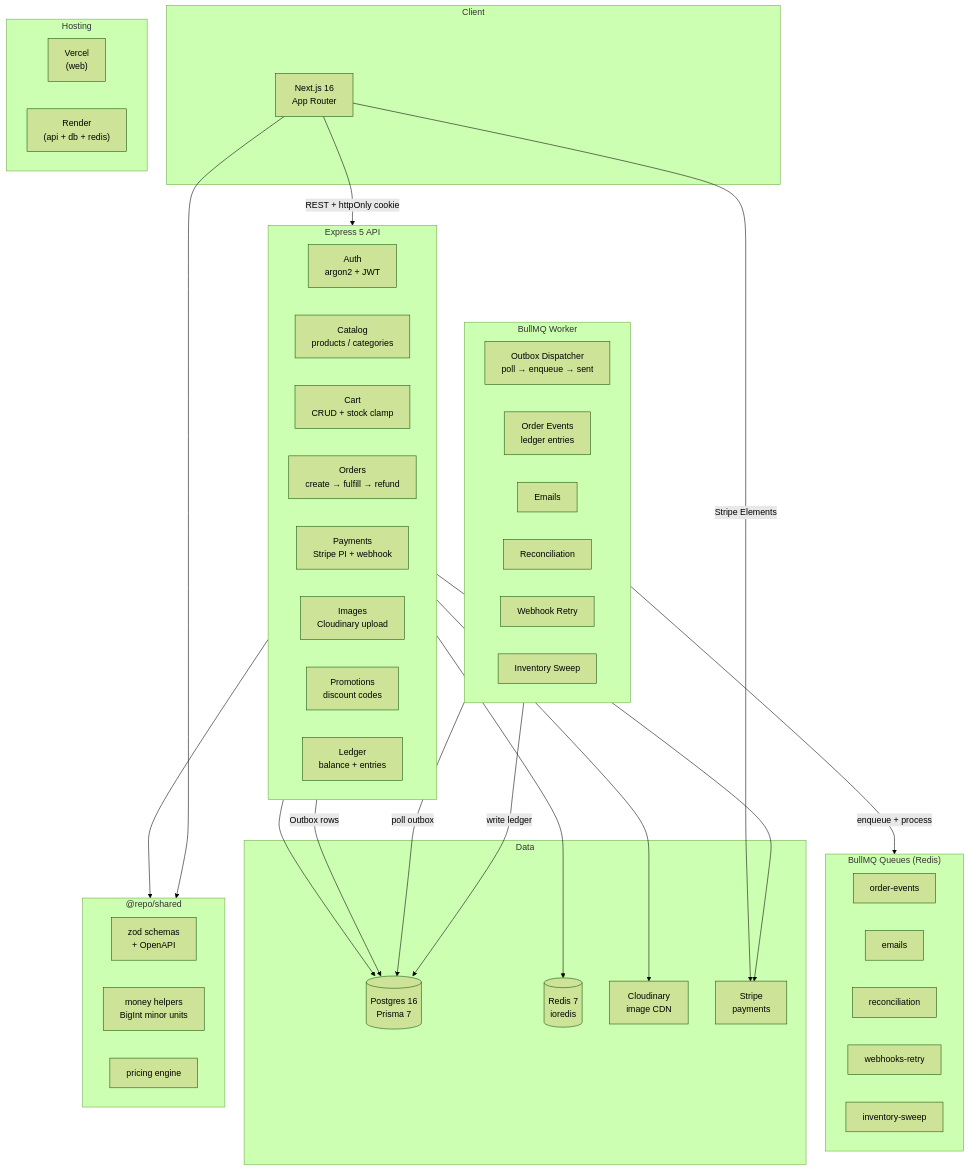
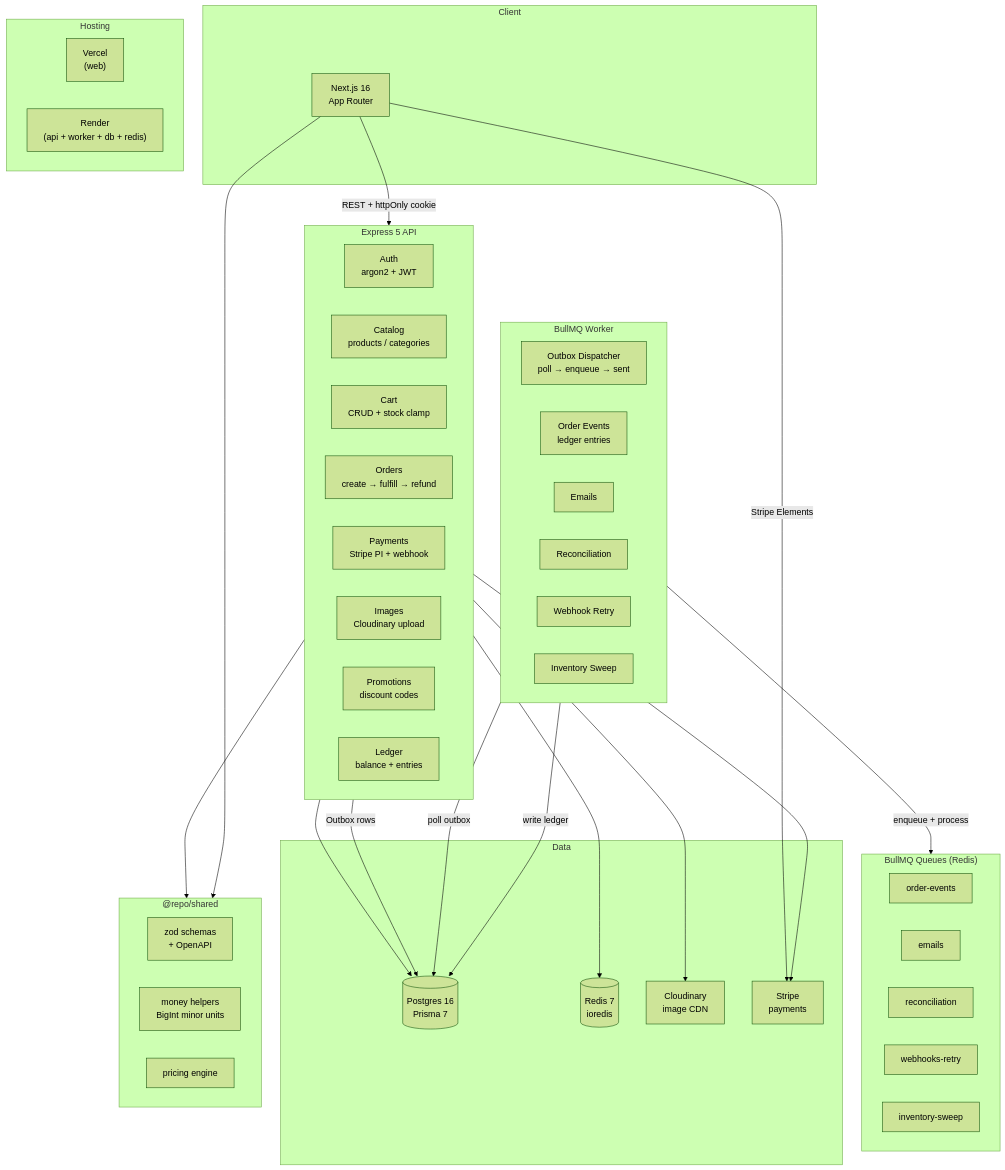
The diagram in README.md (daminace325/kartit), drawn with Mermaid (forest theme) before and after one commit. The commit also changed other lines of this file, not shown here.

````diff
--- a/README.md
+++ b/README.md
@@ -7,65 +7,65 @@
 ```mermaid
 graph TD
     subgraph Client
         Web["Next.js 16<br/>App Router"]
     end
 
     subgraph Hosting
         Vercel["Vercel<br/>(web)"]
-        Render["Render<br/>(api + db + redis)"]
+        Render["Render<br/>(api + worker + db + redis)"]
     end
 
     subgraph API["Express 5 API"]
         Auth["Auth<br/>argon2 + JWT"]
         Catalog["Catalog<br/>products / categories"]
         Cart["Cart<br/>CRUD + stock clamp"]
         Orders["Orders<br/>create → fulfill → refund"]
         Payments["Payments<br/>Stripe PI + webhook"]
         Images["Images<br/>Cloudinary upload"]
         Promotions["Promotions<br/>discount codes"]
         LedgerAPI["Ledger<br/>balance + entries"]
     end
 
     subgraph Worker["BullMQ Worker"]
         OutboxDisp["Outbox Dispatcher<br/>poll → enqueue → sent"]
         OrderWorker["Order Events<br/>ledger entries"]
         EmailWorker["Emails"]
         ReconWorker["Reconciliation"]
         WebhookRetry["Webhook Retry"]
         InventorySweep["Inventory Sweep"]
     end
 
     subgraph Queues["BullMQ Queues (Redis)"]
         Q1["order-events"]
         Q2["emails"]
         Q3["reconciliation"]
         Q4["webhooks-retry"]
         Q5["inventory-sweep"]
     end
 
     subgraph Data
         PG[("Postgres 16<br/>Prisma 7")]
         Redis[("Redis 7<br/>ioredis")]
         Cloudinary["Cloudinary<br/>image CDN"]
         Stripe["Stripe<br/>payments"]
     end
 
     subgraph Shared["@repo/shared"]
         Schemas["zod schemas<br/>+ OpenAPI"]
         Money["money helpers<br/>BigInt minor units"]
         Pricing["pricing engine"]
     end
 
     Web -->|"REST + httpOnly cookie"| API
     Web -->|"Stripe Elements"| Stripe
     API --> PG
     API --> Redis
     API --> Cloudinary
     API --> Stripe
     API --> Shared
     API -->|"Outbox rows"| PG
     Worker -->|"poll outbox"| PG
     Worker -->|"enqueue + process"| Queues
     Worker -->|"write ledger"| PG
     Web --> Shared
 ```
````
